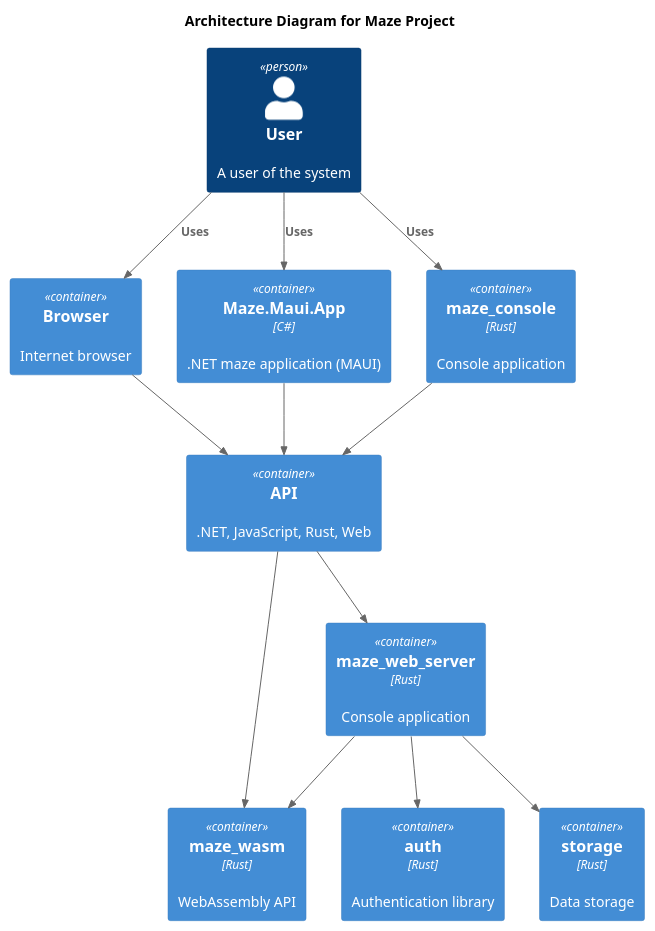
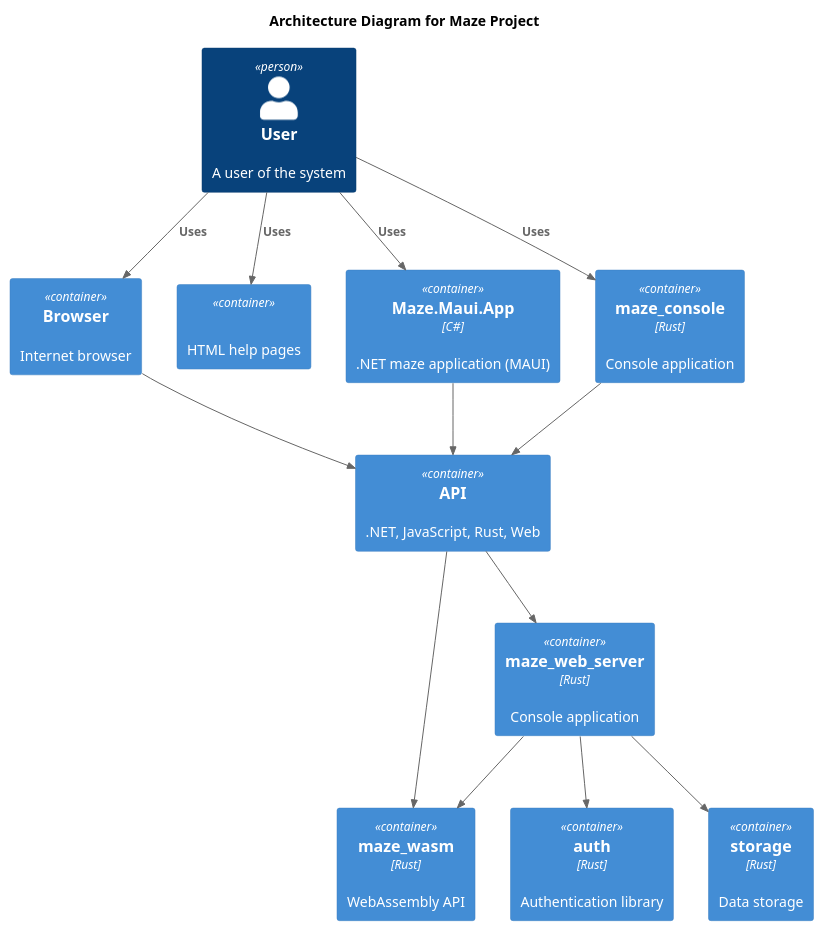
One commit to budgiedownunder/maze changed the diagram in docs/diagrams/architecture.puml. Above: the diagram before and after it, drawn with PlantUML. The commit also changed 1 other file, not shown here.

Commit message:
Update architecture diagram and  README

```diff
--- a/docs/diagrams/architecture.puml
+++ b/docs/diagrams/architecture.puml
@@ -2,30 +2,32 @@
 @startuml
 
 !include https://raw.githubusercontent.com/plantuml-stdlib/C4-PlantUML/master/C4_Container.puml
 
 title Architecture Diagram for Maze Project
 
 Person(user, "User", "A user of the system")
 
 Container(auth, "auth", "Rust", "Authentication library")
 Container(browser, "Browser", "", "Internet browser")
+Container(html_help, "", "", "HTML help pages")
 Container(maze_maui_app_net, "Maze.Maui.App", "C#", ".NET maze application (MAUI)")
 Container(maze_console, "maze_console", "Rust", "Console application")
 Container(api, "API", "", ".NET, JavaScript, Rust, Web")
 Container(maze_wasm, "maze_wasm", "Rust", "WebAssembly API")
 Container(maze_web_server, "maze_web_server", "Rust", "Console application")
 Container(storage, "storage", "Rust", "Data storage")
 
 Rel(user, browser, "Uses")
+Rel(user, html_help, "Uses")
 Rel(user, maze_maui_app_net, "Uses")
 Rel(user, maze_console, "Uses")
 Rel(browser, api, "")
 Rel(maze_maui_app_net, api, "")
 Rel(maze_console, api, "")
 Rel(api, maze_wasm, "")
 Rel(api, maze_web_server, "")
 Rel(maze_web_server, maze_wasm, "")
 Rel(maze_web_server, auth, "")
 Rel(maze_web_server, storage, "")
 
 @enduml
```
